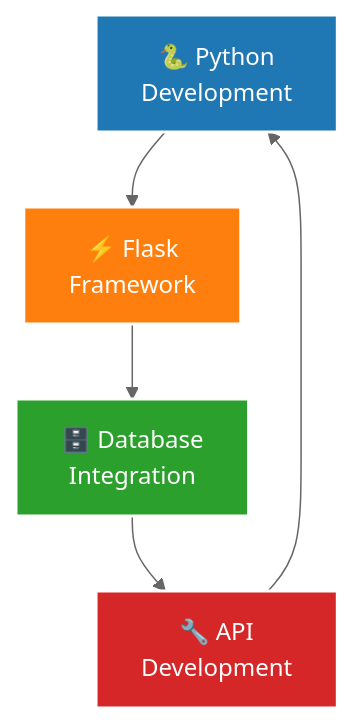
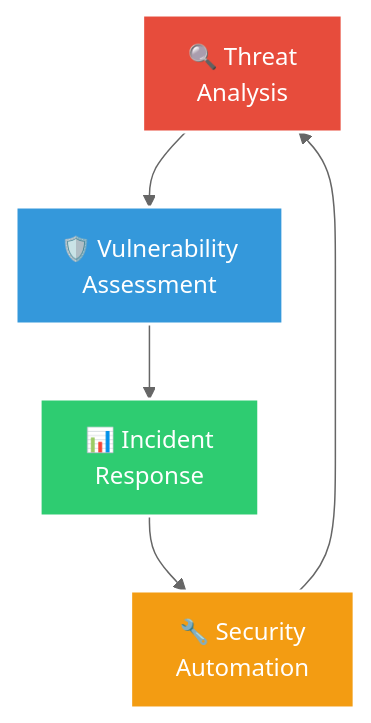
Before and after one commit to IaKalandia/IaKalandia: the diagram in README.md, drawn with Mermaid (neutral theme). The commit also changed other lines of this file, not shown here.

````diff
--- a/README.md
+++ b/README.md
@@ -70,12 +77,12 @@
 ```mermaid
 graph TD
-    A[🐍 Python<br/>Development] --> B[⚡ Flask<br/>Framework]
-    B --> C[🗄️ Database<br/>Integration]
-    C --> D[🔧 API<br/>Development]
+    A[🔍 Threat<br/>Analysis] --> B[🛡️ Vulnerability<br/>Assessment]
+    B --> C[📊 Incident<br/>Response]
+    C --> D[🔧 Security<br/>Automation]
     D --> A
     
-    style A fill:#1f77b4,stroke:#fff,stroke-width:2px,color:#fff
-    style B fill:#ff7f0e,stroke:#fff,stroke-width:2px,color:#fff
-    style C fill:#2ca02c,stroke:#fff,stroke-width:2px,color:#fff
-    style D fill:#d62728,stroke:#fff,stroke-width:2px,color:#fff
+    style A fill:#e74c3c,stroke:#fff,stroke-width:2px,color:#fff
+    style B fill:#3498db,stroke:#fff,stroke-width:2px,color:#fff
+    style C fill:#2ecc71,stroke:#fff,stroke-width:2px,color:#fff
+    style D fill:#f39c12,stroke:#fff,stroke-width:2px,color:#fff
 ```
````
